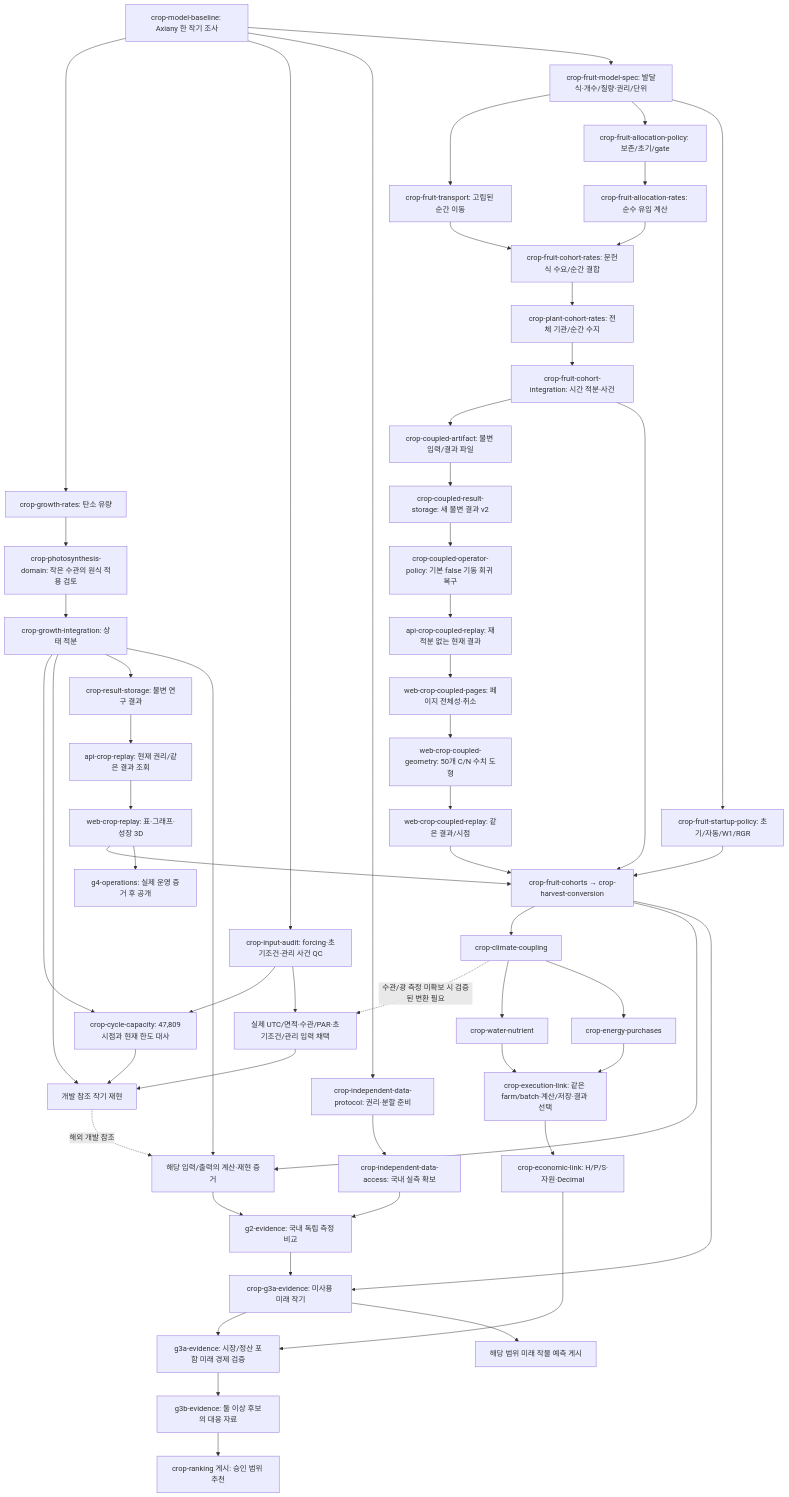
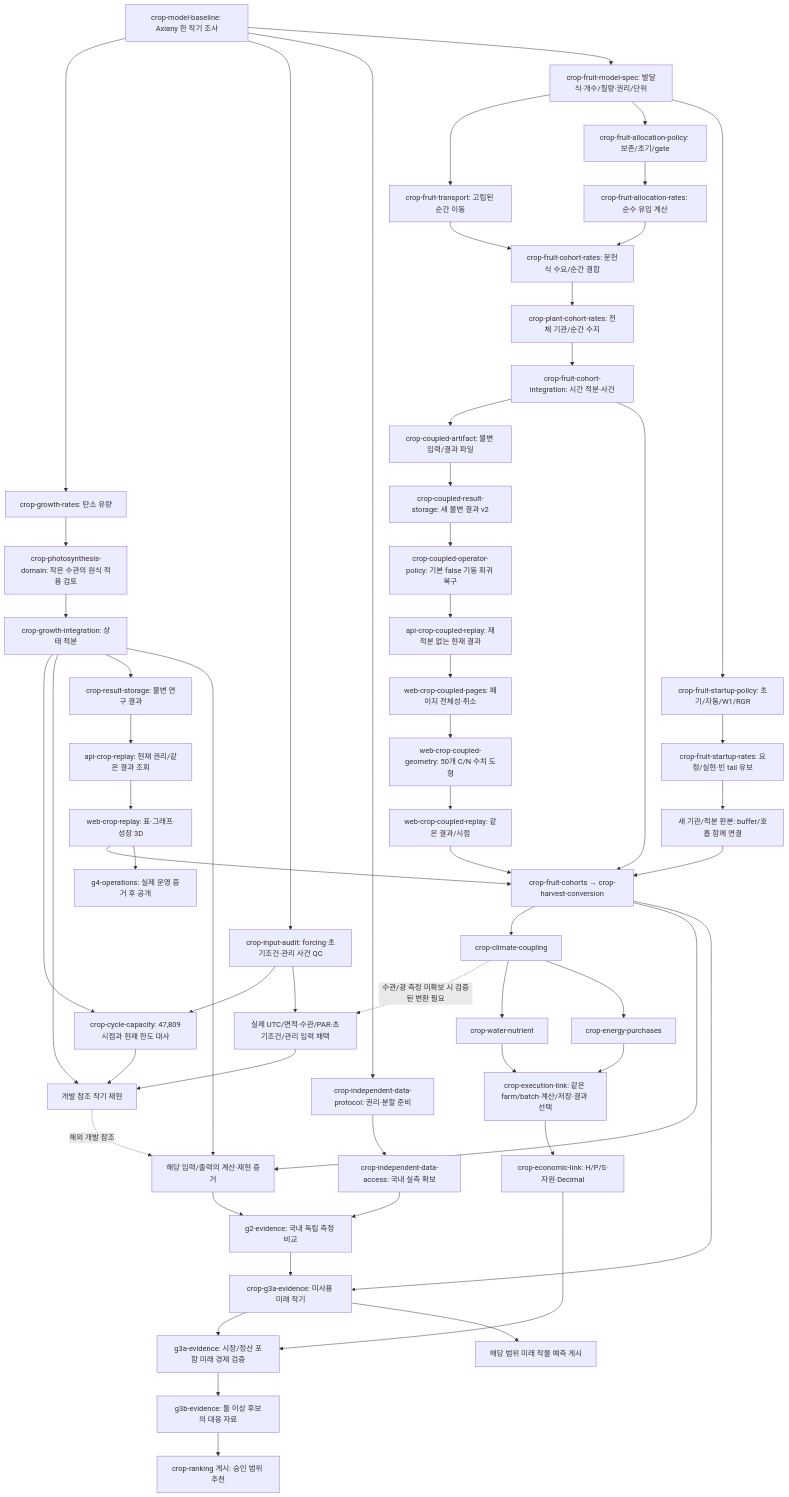
One commit to KIMSUNGHOON/OpenSmartFarmSim changed the first of 2 diagrams in tasks/plan.md. Above: the diagram before and after it, drawn with Mermaid. The commit also changed other lines of this file and 9 other files, not shown here.

Commit message:
docs(crop): define explicit empty-sink startup policy and evidence

````diff
--- a/tasks/plan.md
+++ b/tasks/plan.md
@@ -51,58 +59,60 @@
 ```mermaid
 flowchart TD
   B["crop-model-baseline: Axiany 한 작기 조사"] --> R["crop-growth-rates: 탄소 유량"]
   B --> Q["crop-input-audit: forcing·초기조건·관리 사건 QC"]
   B --> AP["crop-independent-data-protocol: 권리·분할 준비"]
   AP --> A["crop-independent-data-access: 국내 실측 확보"]
   R --> D["crop-photosynthesis-domain: 작은 수관의 원식 적용 검토"]
   D --> I["crop-growth-integration: 상태 적분"]
   Q --> CAP["crop-cycle-capacity: 47,809시점과 현재 한도 대사"]
   I --> CAP
   CAP --> X["개발 참조 작기 재현"]
   Q --> AQ["실제 UTC/면적·수관/PAR·초기조건/관리 입력 채택"]
   AQ --> X
   I --> X
   I --> S["crop-result-storage: 불변 연구 결과"]
   S --> API["api-crop-replay: 현재 권리/같은 결과 조회"]
   API --> V["web-crop-replay: 표·그래프·성장 3D"]
   B --> FM["crop-fruit-model-spec: 발달식·개수/질량·권리/단위"]
   FM --> FT["crop-fruit-transport: 고립된 순간 이동"]
   FM --> FP["crop-fruit-allocation-policy: 보존/초기/gate"]
   FT --> CR["crop-fruit-cohort-rates: 문헌식 수요/순간 결합"]
   FP --> FA["crop-fruit-allocation-rates: 순수 유입 계산"]
   FA --> CR
   CR --> PC["crop-plant-cohort-rates: 전체 기관/순간 수지"]
   PC --> CI["crop-fruit-cohort-integration: 시간 적분·사건"]
   CI --> AF["crop-coupled-artifact: 불변 입력/결과 파일"]
   AF --> CS["crop-coupled-result-storage: 새 불변 결과 v2"]
   CS --> CP["crop-coupled-operator-policy: 기본 false 기동 회귀 복구"]
   CP --> CA["api-crop-coupled-replay: 재적분 없는 현재 결과"]
   CA --> WP["web-crop-coupled-pages: 페이지 전체성·취소"]
   WP --> WG["web-crop-coupled-geometry: 50개 C/N 수치 도형"]
   WG --> CV["web-crop-coupled-replay: 같은 결과/시점"]
   FM --> ST["crop-fruit-startup-policy: 초기/자동/W1/RGR"]
+  ST --> SA["crop-fruit-startup-rates: 요청/실현·빈 tail 유보"]
+  SA --> SC["새 기관/적분 판본: buffer/호흡 함께 연결"]
   CI --> F["crop-fruit-cohorts → crop-harvest-conversion"]
-  ST --> F
+  SC --> F
   V --> F
   CV --> F
   F --> C["crop-climate-coupling"]
   C -. 수관/광 측정 미확보 시 검증된 변환 필요 .-> AQ
   C --> W["crop-water-nutrient"]
   C --> E["crop-energy-purchases"]
   W --> L["crop-execution-link: 같은 farm/batch·계산/저장·결과 선택"]
   E --> L
   L --> M["crop-economic-link: H/P/S·자원·Decimal"]
   A --> G2["g2-evidence: 국내 독립 측정 비교"]
   I --> CALC["해당 입력/출력의 계산·재현 증거"]
   F --> CALC
   X -. 해외 개발 참조 .-> CALC
   CALC --> G2
   G2 --> G3A["crop-g3a-evidence: 미사용 미래 작기"]
   F --> G3A
   M --> EC["g3a-evidence: 시장/정산 포함 미래 경제 검증"]
   G3A --> EC
   G3A --> P["해당 범위 미래 작물 예측 게시"]
   EC --> PAIR["g3b-evidence: 둘 이상 후보의 대응 자료"]
   PAIR --> REC["crop-ranking 게시: 승인 범위 추천"]
   V --> PUB["g4-operations: 실제 운영 증거 후 공개"]
 ```
````
